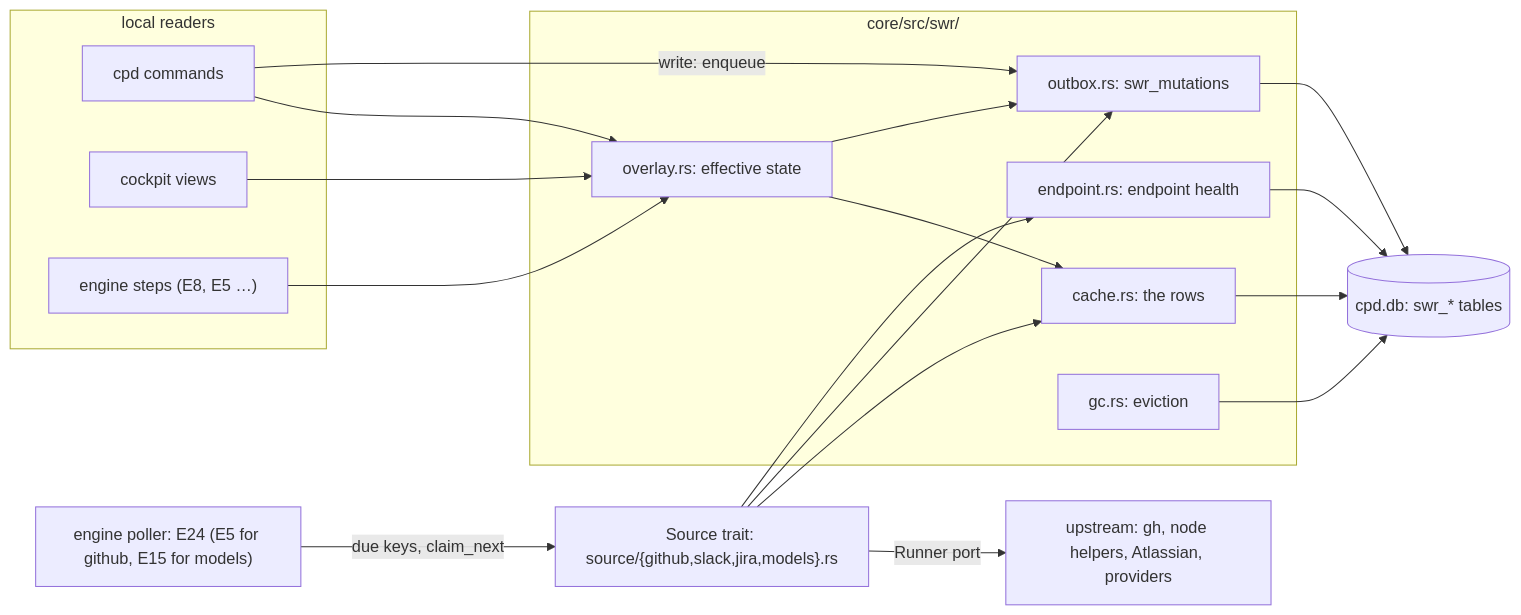
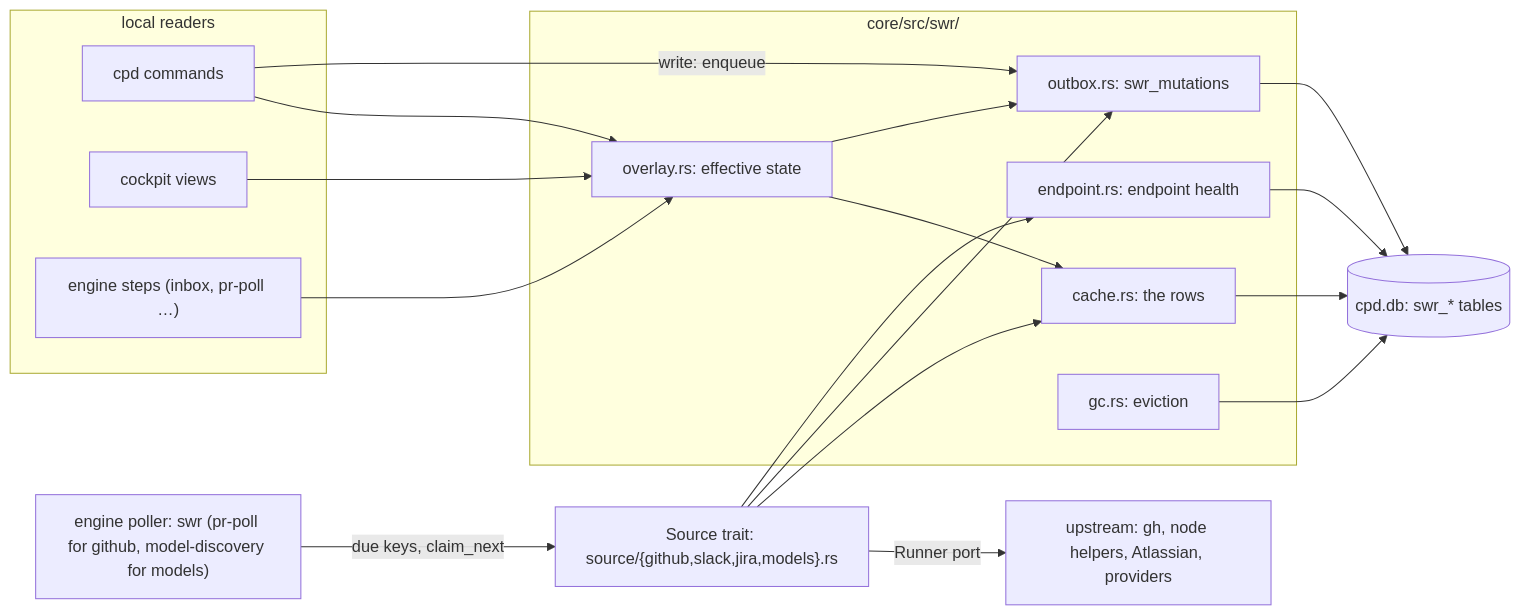
Before and after one commit to clayton-duarte/cpd: the first of 2 diagrams in docs/architecture/swr.md, drawn with Mermaid. The commit also changed other lines of this file and 23 other files, not shown here.

Commit message:
Docs: name engine steps by slug, keep E<n> as the Ref column (pro-d473)

````diff
--- a/docs/architecture/swr.md
+++ b/docs/architecture/swr.md
@@ -17,37 +17,37 @@
 ```mermaid
 flowchart LR
   subgraph READERS["local readers"]
     CLI["cpd commands"]
     TUI["cockpit views"]
-    STEPS["engine steps (E8, E5 …)"]
+    STEPS["engine steps (inbox, pr-poll …)"]
   end
 
   subgraph SWR["core/src/swr/"]
     CACHE["cache.rs: the rows"]
     OVL["overlay.rs: effective state"]
     OUT["outbox.rs: swr_mutations"]
     EP["endpoint.rs: endpoint health"]
     GC["gc.rs: eviction"]
   end
 
   DB[("cpd.db: swr_* tables")]
-  POLL["engine poller: E24 (E5 for github, E15 for models)"]
+  POLL["engine poller: swr (pr-poll for github, model-discovery for models)"]
   SRC["Source trait: source/{github,slack,jira,models}.rs"]
   UP["upstream: gh, node helpers, Atlassian, providers"]
 
   CLI --> OVL
   TUI --> OVL
   STEPS --> OVL
   OVL --> CACHE
   OVL --> OUT
   CLI -->|"write: enqueue"| OUT
   POLL -->|"due keys, claim_next"| SRC
   SRC -->|"Runner port"| UP
   SRC --> CACHE
   SRC --> OUT
   SRC --> EP
   CACHE --> DB
   OUT --> DB
   EP --> DB
   GC --> DB
 ```
````
